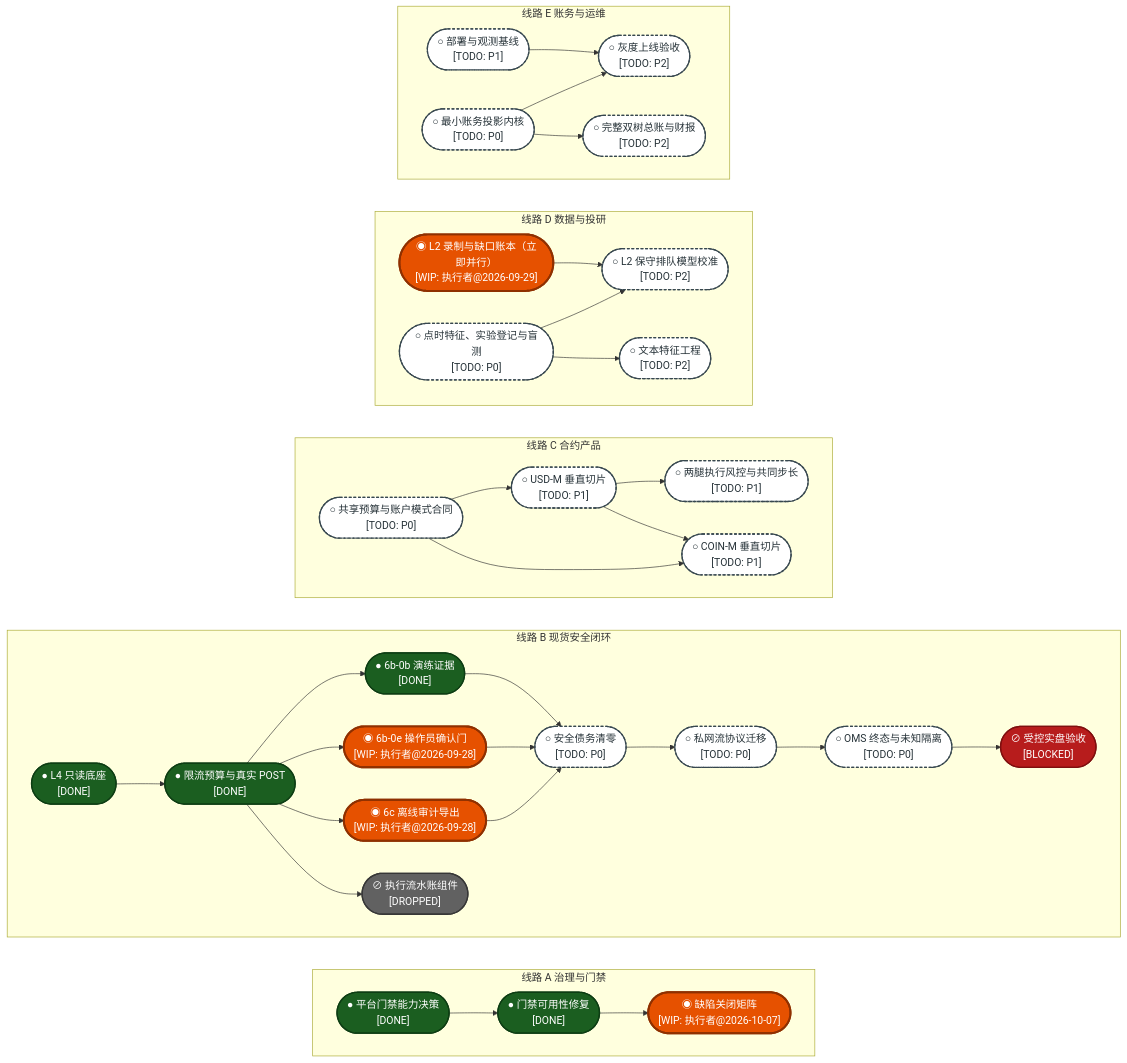
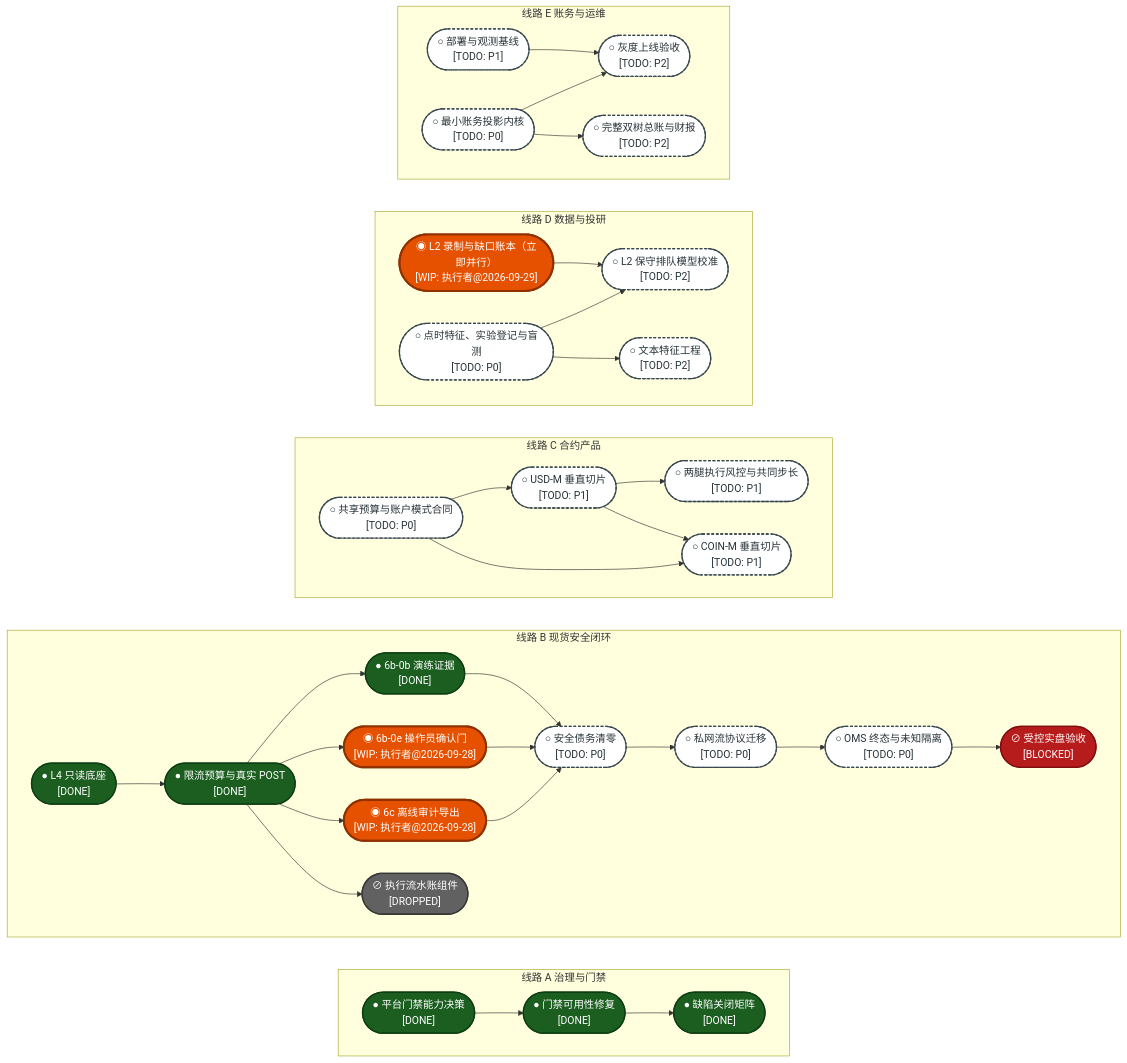
One commit to EypeZeo/hengyuan_v2 changed the first of 5 diagrams in docs/HengYuan_v2_全自动量化实盘系统实施指南与TODOLIST.md. Above: the diagram before and after it, drawn with Mermaid. The commit also changed other lines of this file and 1 other file, not shown here.

First line of the commit message:
docs(blueprint): GATE-01 置 DONE，记入 D0-5a 判定与 T1 合入

```diff
--- a/docs/HengYuan_v2_全自动量化实盘系统实施指南与TODOLIST.md
+++ b/docs/HengYuan_v2_全自动量化实盘系统实施指南与TODOLIST.md
@@ -102,7 +102,7 @@
         direction LR
         A0(["● 平台门禁能力决策<br/>[DONE]"])
         A1(["● 门禁可用性修复<br/>[DONE]"])
-        A2(["◉ 缺陷关闭矩阵<br/>[WIP: 执行者@2026-10-07]"])
+        A2(["● 缺陷关闭矩阵<br/>[DONE]"])
         A0 --> A1
         A1 --> A2
     end
@@ -166,9 +166,9 @@
         E0 --> E3
     end
 
-    class A0,A1,B0,B1 done
+    class A0,A1,A2,B0,B1 done
     class B2 done
-    class A2,B3,B4,D0 wip
+    class B3,B4,D0 wip
     class B5,B6,B7,C0,C1,C2,C3,D1,D2,D3,E0,E1,E2,E3 todo
     class B8 blocked
     class BD dropped
```
